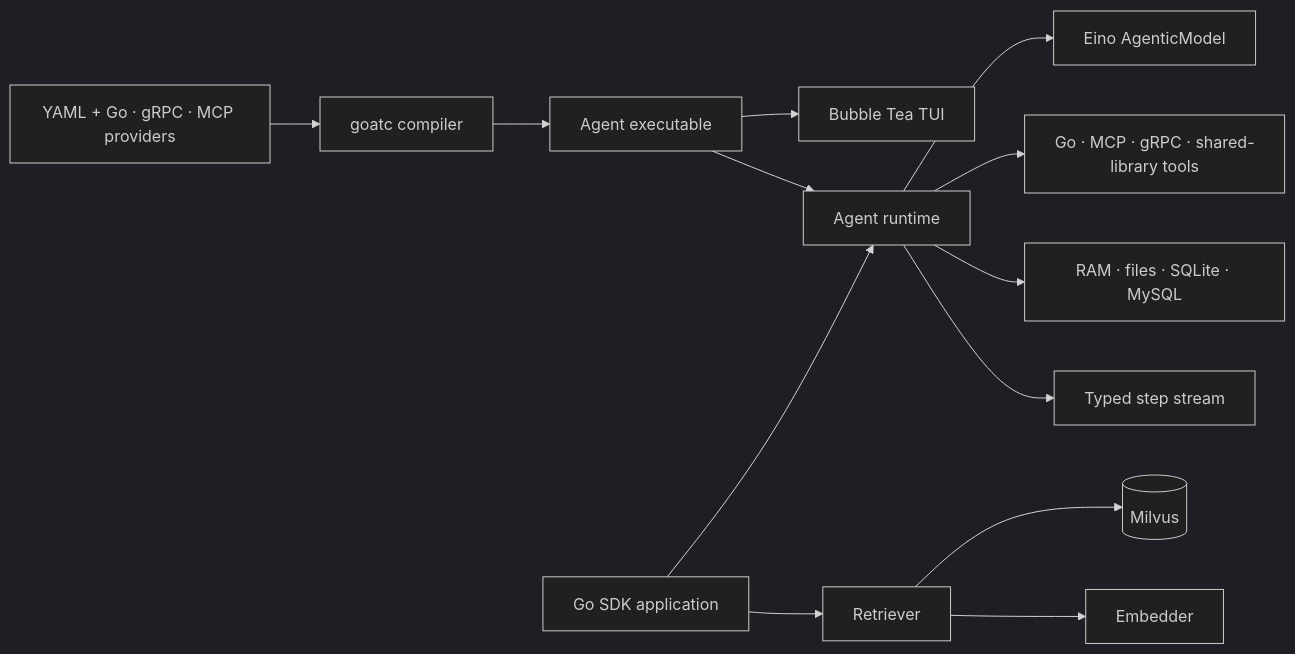
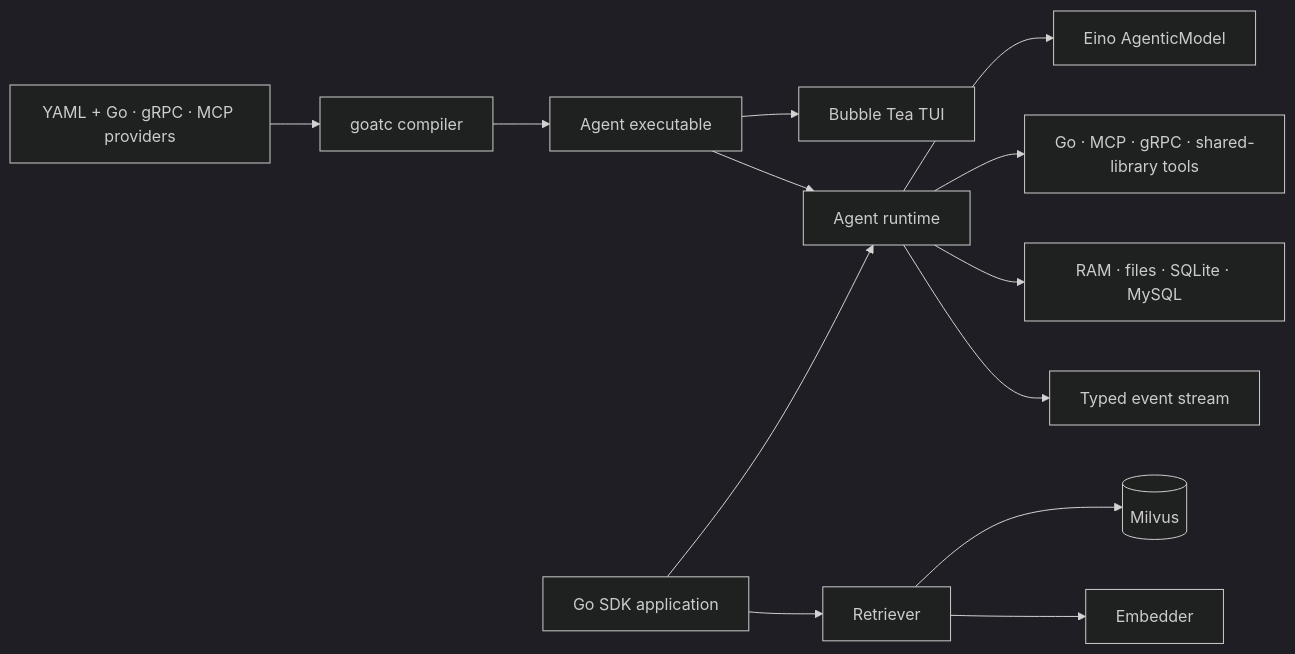
The diagram in README.md (foxtorris/goat), drawn with Mermaid (dark theme) before and after one commit. The commit also changed other lines of this file and 21 other files, not shown here.

Commit message:
Feature: remove step and use event stream instead

````diff
--- a/README.md
+++ b/README.md
@@ -164,15 +164,15 @@
 ```mermaid
 flowchart LR
     Source[YAML + Go · gRPC · MCP providers] --> Goatc[goatc compiler]
     Goatc --> Binary[Agent executable]
     Binary --> TUI[Bubble Tea TUI]
     Binary --> Agent[Agent runtime]
     SDK[Go SDK application] --> Agent
     Agent --> Model[Eino AgenticModel]
     Agent --> Tools[Go · MCP · gRPC · shared-library tools]
     Agent --> ContextManager[RAM · files · SQLite · MySQL]
-    Agent --> Steps[Typed step stream]
+    Agent --> Events[Typed event stream]
     SDK --> Retriever[Retriever]
     Retriever --> Milvus[(Milvus)]
     Retriever --> Embedder[Embedder]
 ```
````
